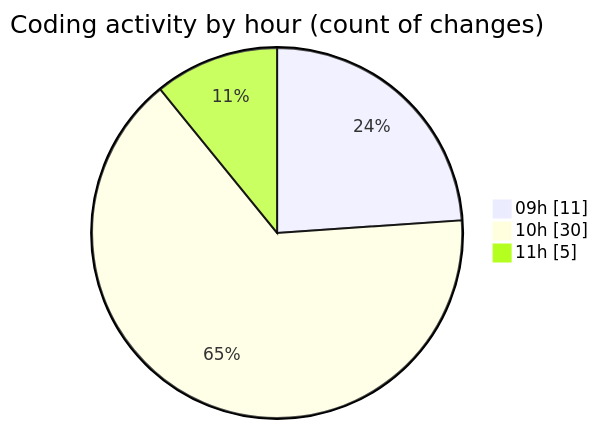
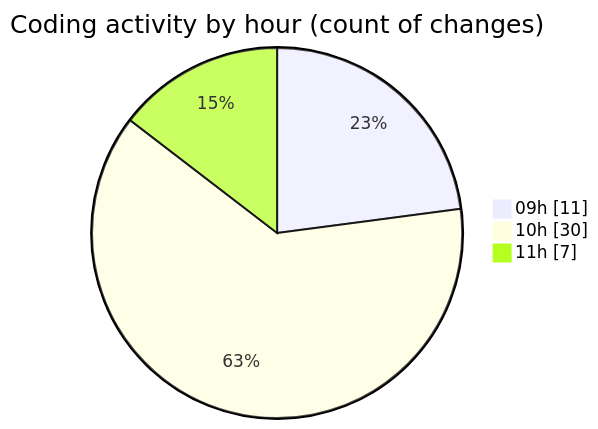
Before and after one commit to momahboobian/code-tracking: the second of 2 diagrams in 2025-06-24/cda/README.md, drawn with Mermaid. The commit also changed other lines of this file and 1 other file, not shown here.

````diff
--- a/2025-06-24/cda/README.md
+++ b/2025-06-24/cda/README.md
@@ -28,7 +28,7 @@
 ```mermaid
 pie showData
 title Coding activity by hour (count of changes)
 "09h" : 11
 "10h" : 30
-"11h" : 5
+"11h" : 7
 ```
````
